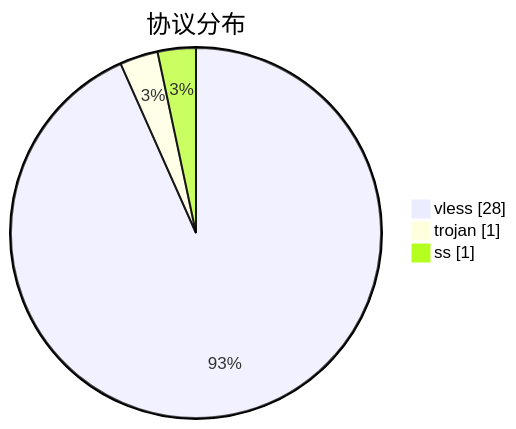
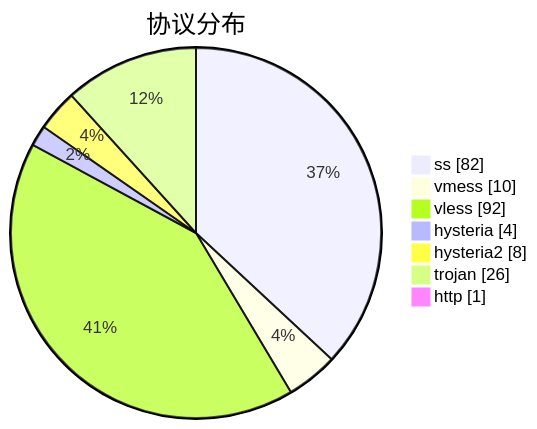
One commit to sinspired/airport changed the third of 3 diagrams in subs/statistics/tested_within.md. Above: the diagram before and after it, drawn with Mermaid. The commit also changed other lines of this file and 2 other files, not shown here.

````diff
--- a/subs/statistics/tested_within.md
+++ b/subs/statistics/tested_within.md
@@ -22,7 +41,11 @@
 ```mermaid
 pie showData
 title 协议分布
-"vless" : 28
-"trojan" : 1
-"ss" : 1
+"ss" : 82
+"vmess" : 10
+"vless" : 92
+"hysteria" : 4
+"hysteria2" : 8
+"trojan" : 26
+"http" : 1
 ```
````
